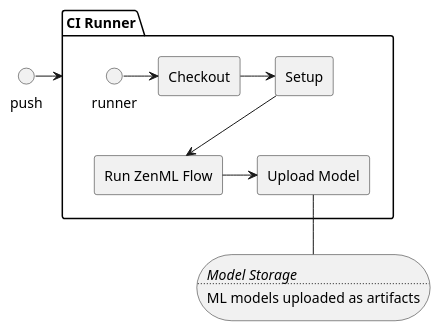
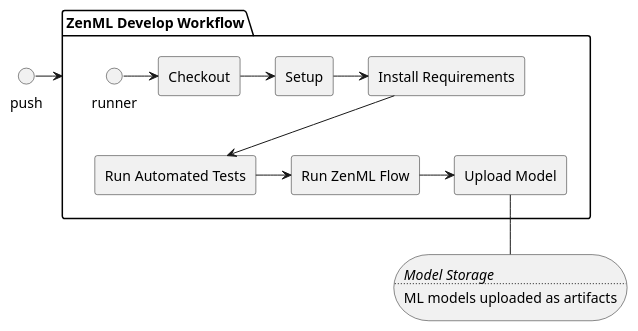
The diagram in architecture/CIRunner.puml (fdevi3-mle/french-road-accidents), drawn with PlantUML before and after one commit.

```diff
--- a/architecture/CIRunner.puml
+++ b/architecture/CIRunner.puml
@@ -1,25 +1,26 @@
 @startuml
 'https://plantuml.com/component-diagram
 skinparam componentStyle rectangle
 
-"push" -> "CI Runner"
+"push" -> "ZenML Develop Workflow"
 
-package "CI Runner" {
+package "ZenML Develop Workflow" {
  runner -> [Checkout]
  [Checkout] -> [Setup]
- [Setup] --> [Run ZenML Flow]
+ [Setup] -> [Install Requirements]
+ [Install Requirements] --> [Run Automated Tests]
+ [Run Automated Tests] -> [Run ZenML Flow]
 [Run ZenML Flow] -> [Upload Model]
-
 }
 storage model_store[
     <i>Model Storage
 ....
 ML models uploaded as artifacts
 ]
 
 
 
 [Upload Model] -- model_store
 
 
 @enduml
```
